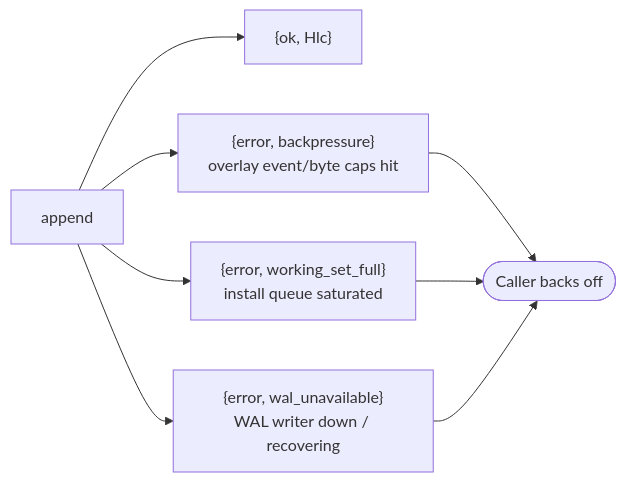
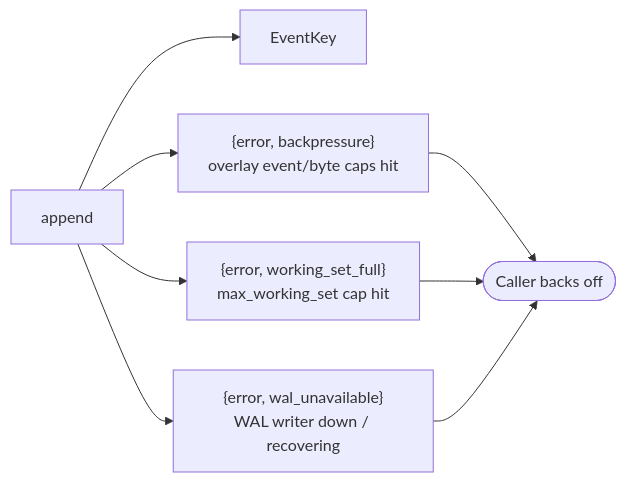
One commit to bondy-io/bondy changed the seventh of 8 diagrams in apps/bondy_db/doc_extras/architecture/01_bondy_oplog.md. Above: the diagram before and after it, drawn with Mermaid. The commit also changed other lines of this file and 449 other files, not shown here.

````diff
--- a/apps/bondy_db/doc_extras/architecture/01_bondy_oplog.md
+++ b/apps/bondy_db/doc_extras/architecture/01_bondy_oplog.md
@@ -411,14 +410,14 @@
 ```mermaid
 flowchart LR
     A["append"]
-    OK["{ok, Hlc}"]
+    OK["EventKey"]
     BP1["{error, backpressure}<br/>overlay event/byte caps hit"]
-    BP2["{error, working_set_full}<br/>install queue saturated"]
+    BP2["{error, working_set_full}<br/>max_working_set cap hit"]
     BP3["{error, wal_unavailable}<br/>WAL writer down / recovering"]
     Caller(["Caller backs off"])
 
     A --> OK
     A --> BP1 --> Caller
     A --> BP2 --> Caller
     A --> BP3 --> Caller
 ```
````
